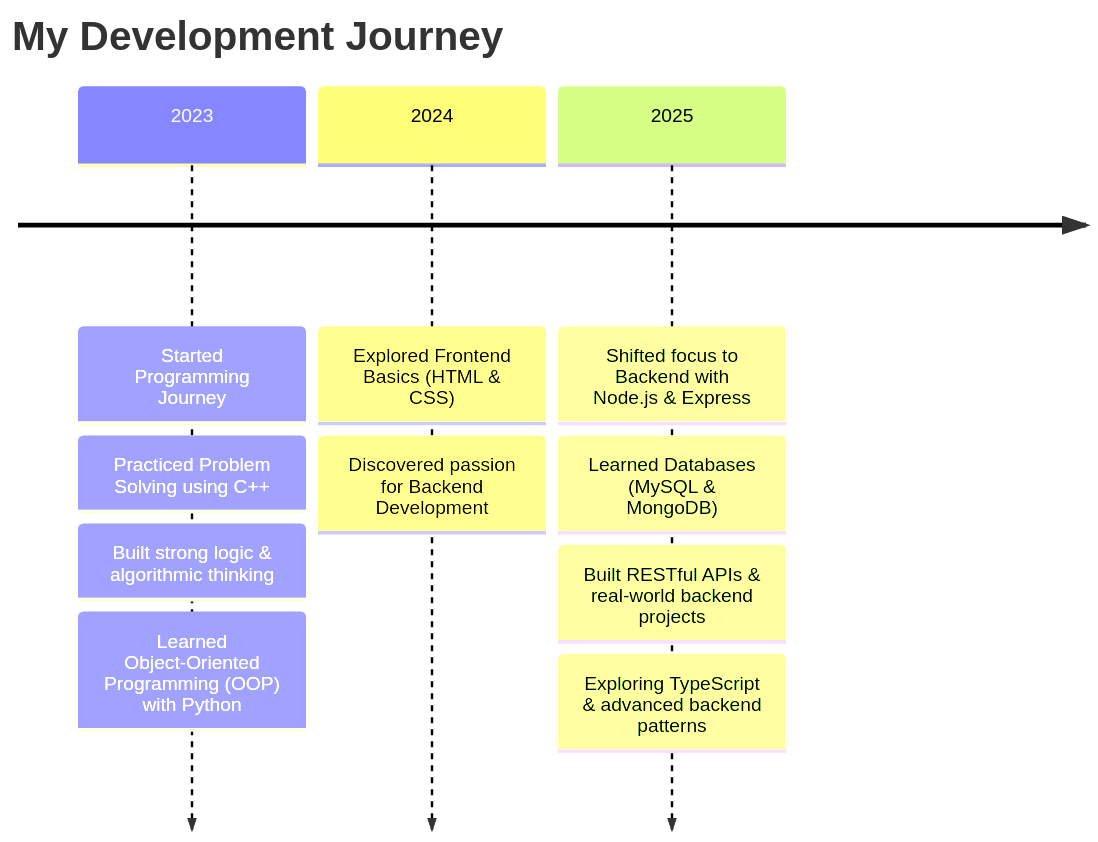
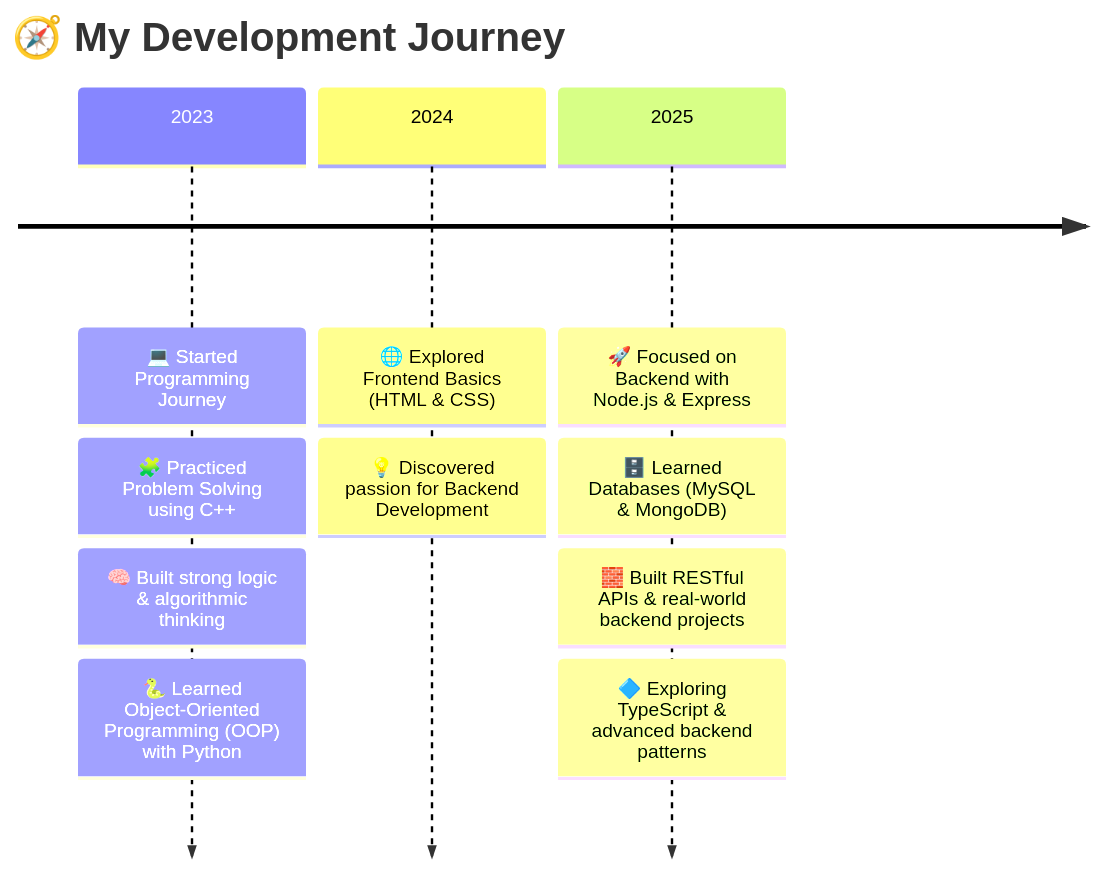
One commit to zeyad-mohammed-dev/zeyad-mohammed-dev changed the diagram in README.md. Above: the diagram before and after it, drawn with Mermaid. The commit also changed other lines of this file, not shown here.

````diff
--- a/README.md
+++ b/README.md
@@ -201,15 +200,15 @@
 ```mermaid
 timeline
-    title My Development Journey
-    2023    : Started Programming Journey
-            : Practiced Problem Solving using C++
-            : Built strong logic & algorithmic thinking
-            : Learned Object-Oriented Programming (OOP) with Python
-    2024    : Explored Frontend Basics (HTML & CSS)
-            : Discovered passion for Backend Development
-    2025    : Shifted focus to Backend with Node.js & Express
-            : Learned Databases (MySQL & MongoDB)
-            : Built RESTful APIs & real-world backend projects
-            : Exploring TypeScript & advanced backend patterns
+    title 🧭 My Development Journey
+    2023    : 💻 Started Programming Journey
+            : 🧩 Practiced Problem Solving using C++
+            : 🧠 Built strong logic & algorithmic thinking
+            : 🐍 Learned Object-Oriented Programming (OOP) with Python
+    2024    : 🌐 Explored Frontend Basics (HTML & CSS)
+            : 💡 Discovered passion for Backend Development
+    2025    : 🚀 Focused on Backend with Node.js & Express
+            : 🗄️ Learned Databases (MySQL & MongoDB)
+            : 🧱 Built RESTful APIs & real-world backend projects
+            : 🔷 Exploring TypeScript & advanced backend patterns
 
 ```
````
